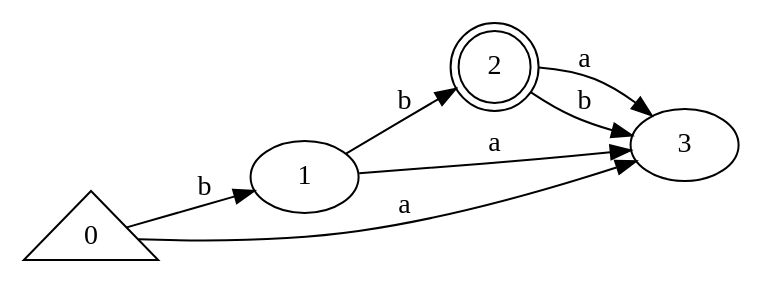
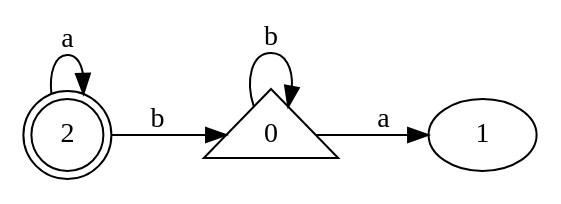
One commit to guillermoSb/UVG_Compis1_Lab changed the diagram in automaton.gv. Above: the diagram before and after it, drawn with Graphviz. The commit also changed 5 other files, not shown here.

```diff
--- a/automaton.gv
+++ b/automaton.gv
@@ -1,12 +1,9 @@
 digraph {
 	graph [rankdir=LR]
 	0 [shape=triangle]
-	1
 	2 [shape=doublecircle]
-	0 -> 3 [label=a]
-	0 -> 1 [label=b]
-	1 -> 3 [label=a]
-	1 -> 2 [label=b]
-	2 -> 3 [label=a]
-	2 -> 3 [label=b]
+	0 -> 1 [label=a]
+	0 -> 0 [label=b]
+	2 -> 2 [label=a]
+	2 -> 0 [label=b]
 }
```
